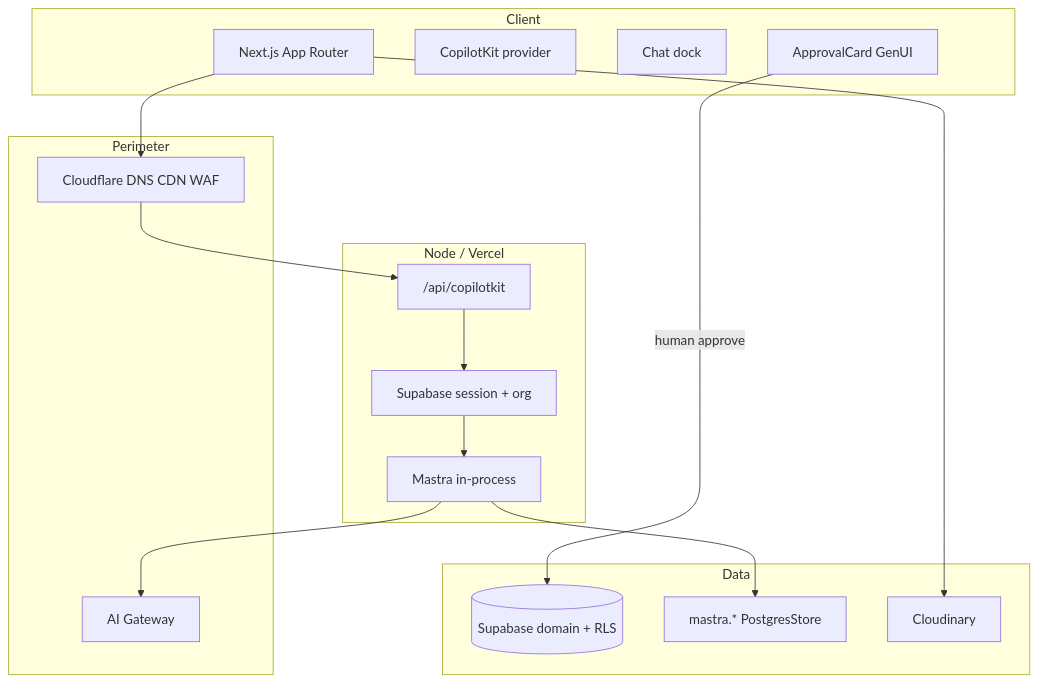
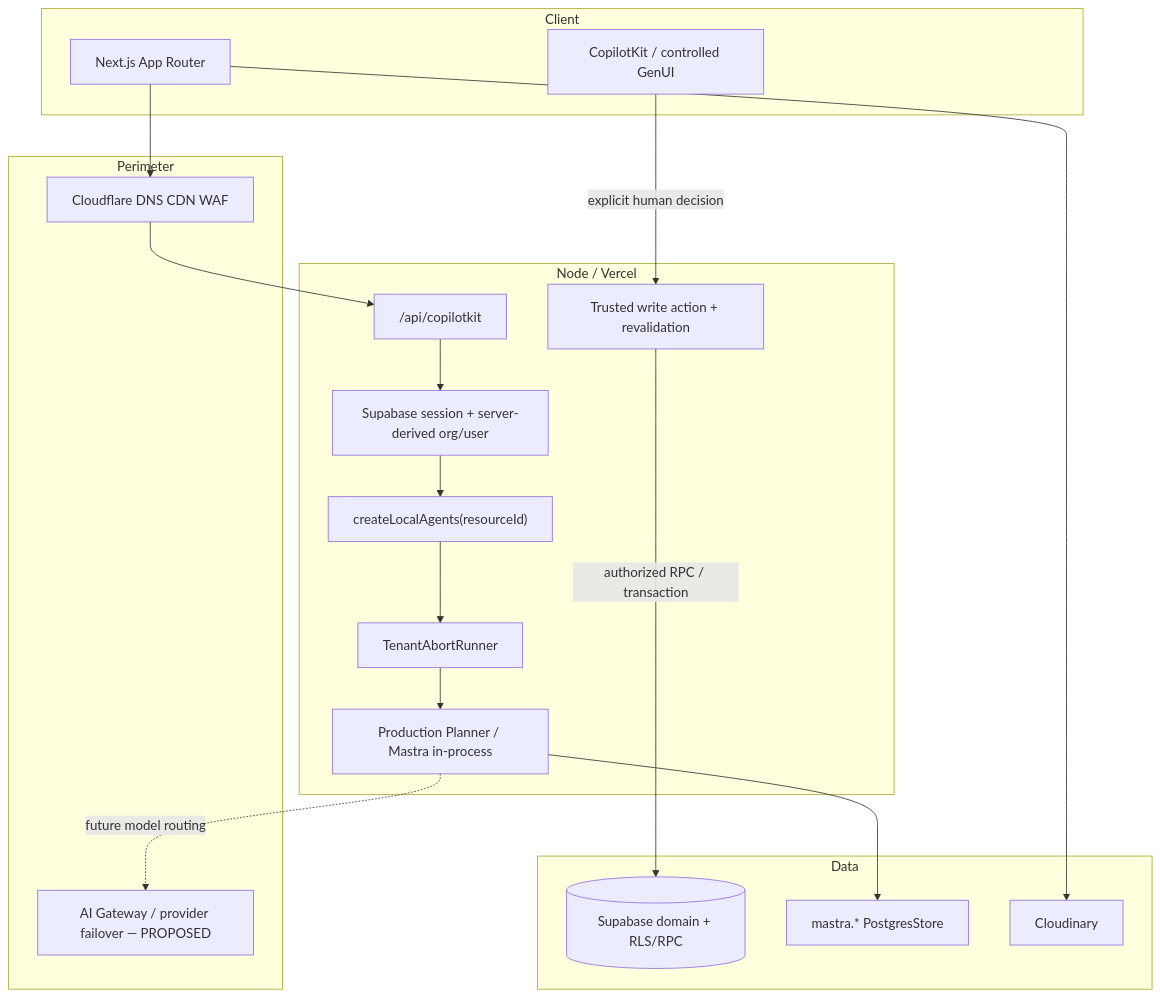
One commit to amoai-tech-org/ipixai changed the diagram in docs/prd.md. Above: the diagram before and after it, drawn with Mermaid. The commit also changed other lines of this file and 4 other files, not shown here.

````diff
--- a/docs/prd.md
+++ b/docs/prd.md
@@ -180,28 +178,29 @@
 ```mermaid
 flowchart TB
   subgraph Client
     UI[Next.js App Router]
-    CPK[CopilotKit provider]
-    Dock[Chat dock]
-    GenUI[ApprovalCard GenUI]
+    GenUI["CopilotKit / controlled GenUI"]
   end
   subgraph Perimeter
     CF[Cloudflare DNS CDN WAF]
-    GW[AI Gateway]
+    GW["AI Gateway / provider failover — PROPOSED"]
   end
   subgraph Node["Node / Vercel"]
     API["/api/copilotkit"]
-    Auth[Supabase session + org]
-    Mastra[Mastra in-process]
+    Auth["Supabase session + server-derived org/user"]
+    LocalAgents["createLocalAgents(resourceId)"]
+    Abort["TenantAbortRunner"]
+    Mastra[Production Planner / Mastra in-process]
+    Write["Trusted write action + revalidation"]
   end
   subgraph Data
-    SB[(Supabase domain + RLS)]
+    SB[("Supabase domain + RLS/RPC")]
     MS[mastra.* PostgresStore]
     CL[Cloudinary]
   end
-  UI --> CF --> API --> Auth --> Mastra
-  Mastra --> GW
+  UI --> CF --> API --> Auth --> LocalAgents --> Abort --> Mastra
   Mastra --> MS
-  GenUI -->|human approve| SB
+  Mastra -.->|future model routing| GW
+  GenUI -->|explicit human decision| Write -->|authorized RPC / transaction| SB
   UI --> CL
 ```
````
